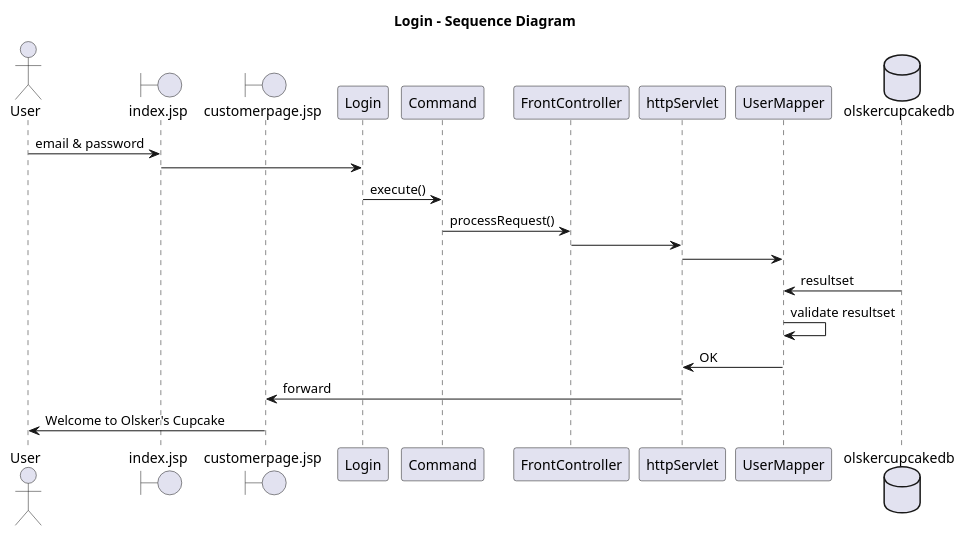
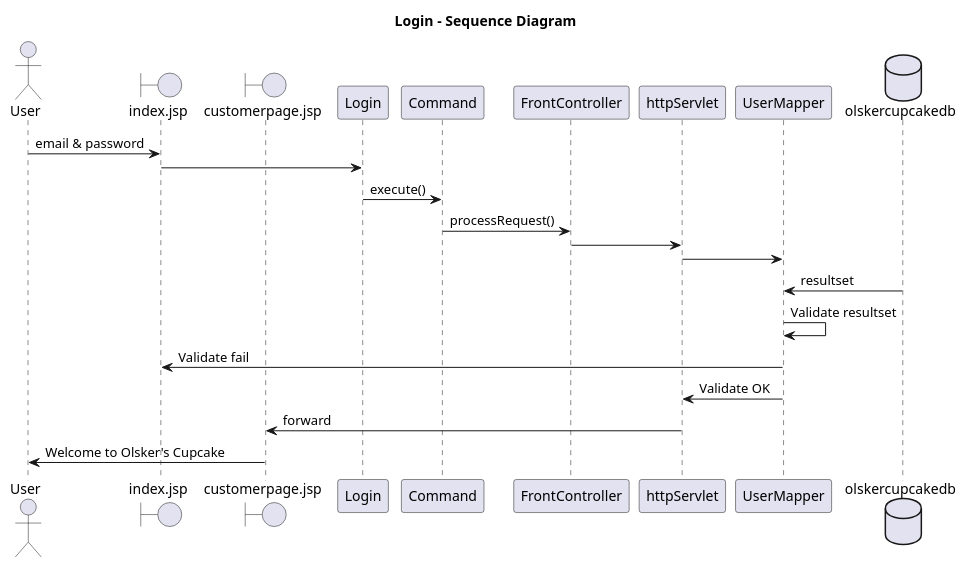
Before and after one commit to MivleDK/olskercupcake: the diagram in OlskerCupcakes/UML/Sequence.puml, drawn with PlantUML. The commit also changed 15 other files, not shown here.

Commit message:
basket quantity validering samt opdateringer til UML

```diff
--- a/OlskerCupcakes/UML/Sequence.puml
+++ b/OlskerCupcakes/UML/Sequence.puml
@@ -1,28 +1,30 @@
 @startuml
 
 title "Login - Sequence Diagram"
 
 actor User
 boundary index.jsp
 boundary customerpage.jsp
 participant Login
 participant Command
 participant FrontController
 participant httpServlet
 participant UserMapper
 database olskercupcakedb
 
 User -> index.jsp : email & password
 index.jsp -> Login
 Login -> Command: execute()
 Command -> FrontController: processRequest()
 FrontController -> httpServlet:
 httpServlet -> UserMapper:
 
 olskercupcakedb -> UserMapper: resultset
-UserMapper -> UserMapper: validate resultset
-UserMapper -> httpServlet: OK
+UserMapper -> UserMapper: Validate resultset
+UserMapper -> index.jsp: Validate fail
+UserMapper -> httpServlet: Validate OK
+
 httpServlet -> customerpage.jsp: forward
 customerpage.jsp -> User: Welcome to Olsker's Cupcake
 
 @enduml
```
